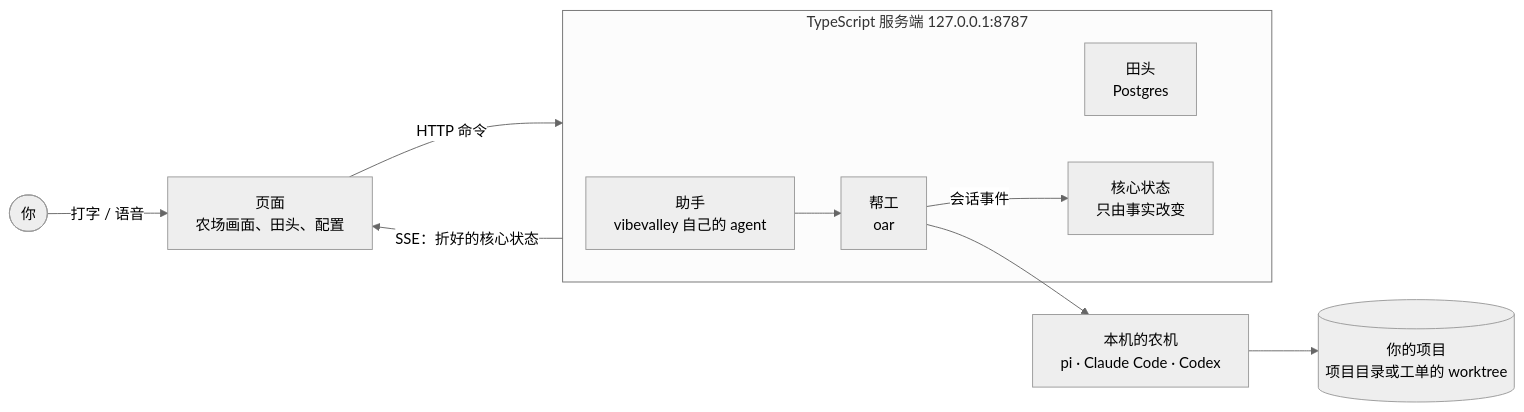
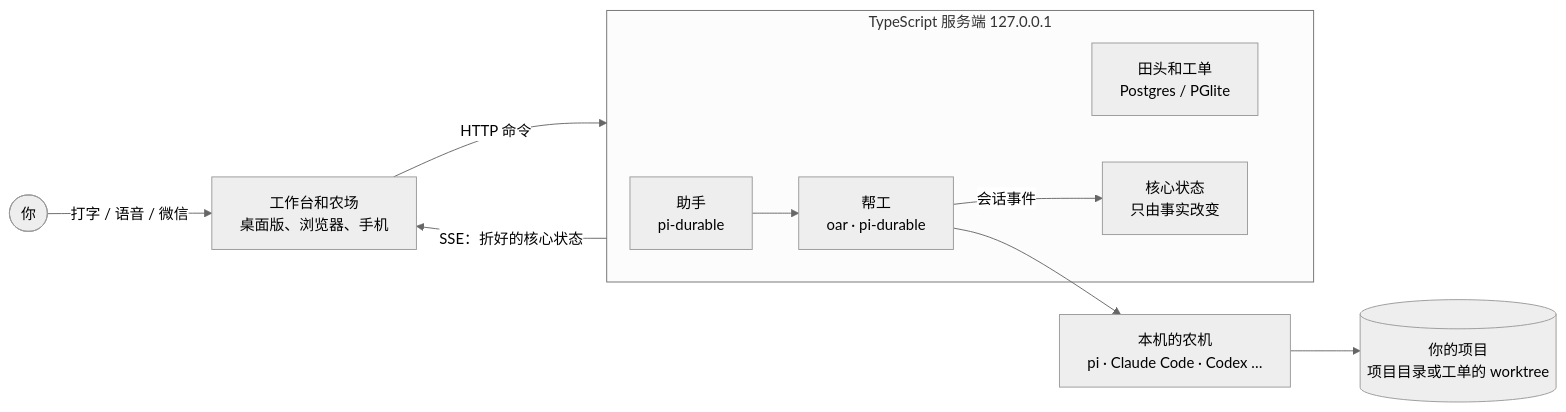
Before and after one commit to vibevalleyhq/vibevalley: the diagram in README.md, drawn with Mermaid (neutral theme). The commit also changed other lines of this file, not shown here.

````diff
--- a/README.md
+++ b/README.md
@@ -34,16 +28,16 @@
 ```mermaid
 flowchart LR
-  you([你]) -- 打字 / 语音 --> app[页面<br/>农场画面、田头、配置]
+  you([你]) -- 打字 / 语音 / 微信 --> app[工作台和农场<br/>桌面版、浏览器、手机]
   app -- HTTP 命令 --> server
   server -- SSE：折好的核心状态 --> app
-  subgraph server[TypeScript 服务端 127.0.0.1:8787]
-    manager[助手<br/>vibevalley 自己的 agent]
-    chat[田头<br/>Postgres]
+  subgraph server[TypeScript 服务端 127.0.0.1]
+    manager[助手<br/>pi-durable]
+    chat[田头和工单<br/>Postgres / PGlite]
     site[核心状态<br/>只由事实改变]
-    sessions[帮工<br/>oar]
+    sessions[帮工<br/>oar · pi-durable]
   end
   manager --> sessions
   sessions -- 会话事件 --> site
-  sessions --> rt[本机的农机<br/>pi · Claude Code · Codex]
+  sessions --> rt[本机的农机<br/>pi · Claude Code · Codex …]
   rt --> repo[(你的项目<br/>项目目录或工单的 worktree)]
 ```
````
